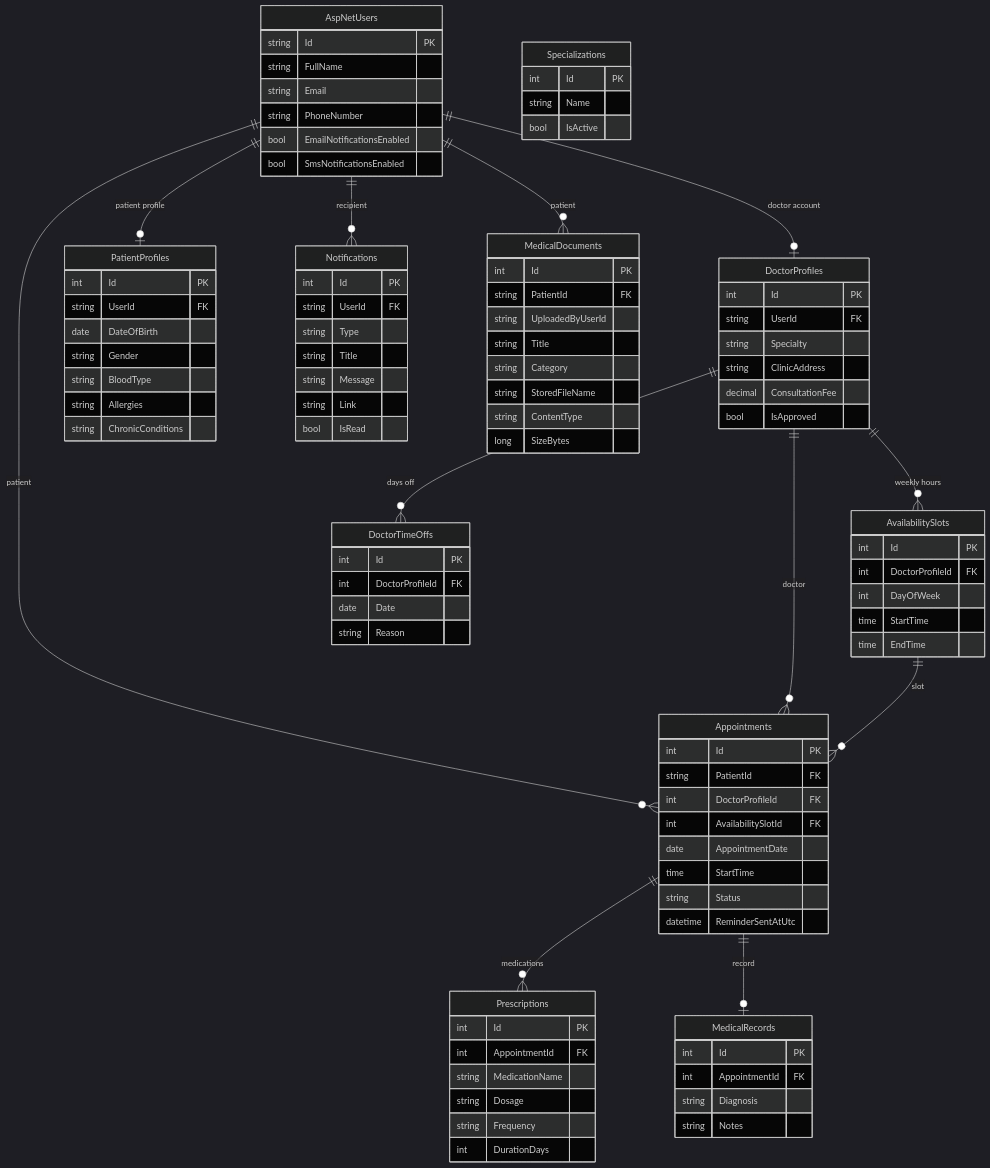
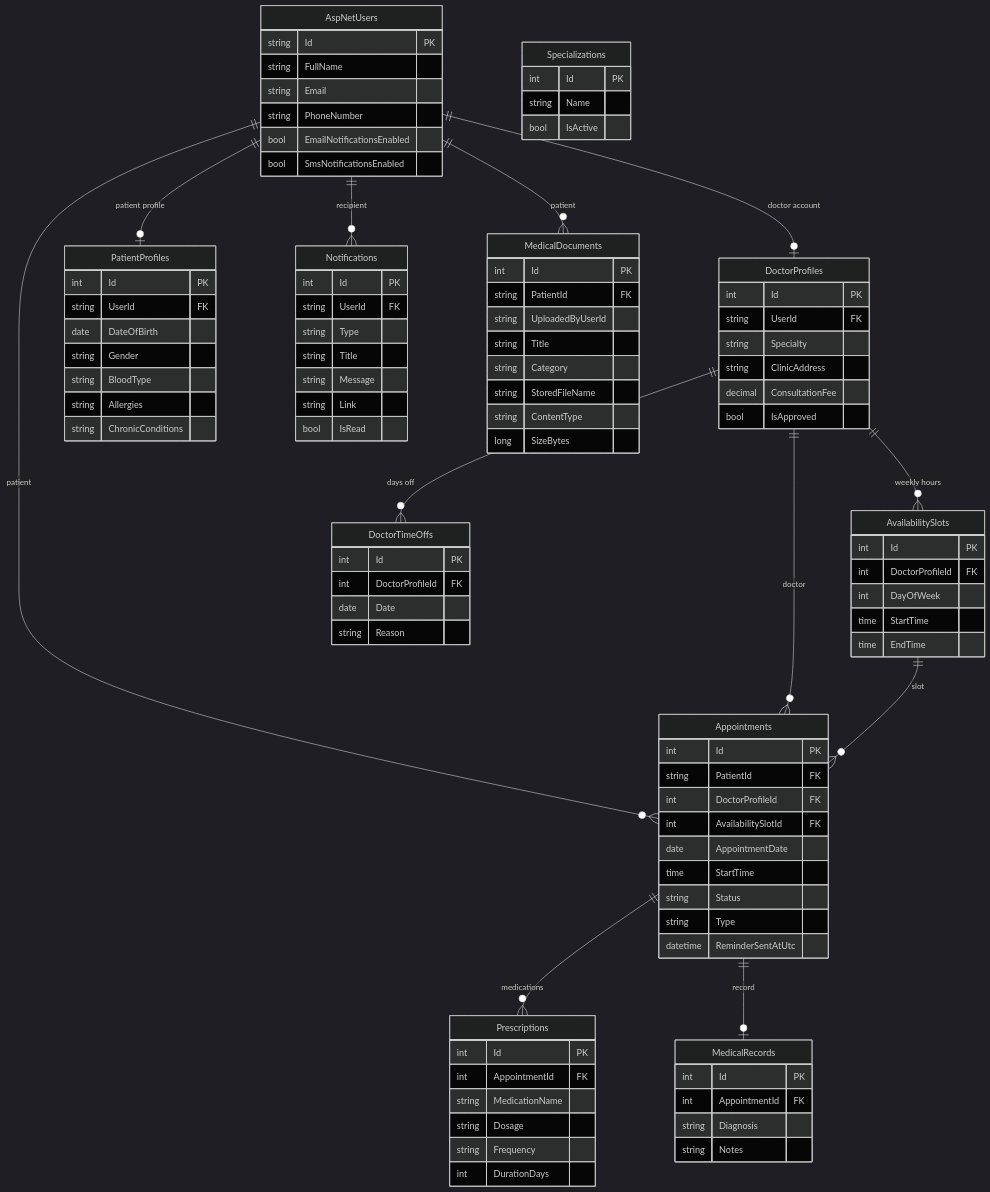
Before and after one commit to 3mrNasser/Medi-Care-Clinic-Management-Project-R5: the second of 4 diagrams in mdFiles/7.2 Technical Documentation.md, drawn with Mermaid (dark theme). The commit also changed other lines of this file and 60 other files, not shown here.

````diff
--- a/mdFiles/7.2 Technical Documentation.md
+++ b/mdFiles/7.2 Technical Documentation.md
@@ -65,79 +66,80 @@
 ```mermaid
 erDiagram
     AspNetUsers ||--o| DoctorProfiles : "doctor account"
     AspNetUsers ||--o| PatientProfiles : "patient profile"
     AspNetUsers ||--o{ Appointments : "patient"
     AspNetUsers ||--o{ Notifications : "recipient"
     AspNetUsers ||--o{ MedicalDocuments : "patient"
     DoctorProfiles ||--o{ AvailabilitySlots : "weekly hours"
     DoctorProfiles ||--o{ DoctorTimeOffs : "days off"
     DoctorProfiles ||--o{ Appointments : "doctor"
     AvailabilitySlots ||--o{ Appointments : "slot"
     Appointments ||--o{ Prescriptions : "medications"
     Appointments ||--o| MedicalRecords : "record"
 
     AspNetUsers { string Id PK
         string FullName
         string Email
         string PhoneNumber
         bool EmailNotificationsEnabled
         bool SmsNotificationsEnabled }
     DoctorProfiles { int Id PK
         string UserId FK
         string Specialty
         string ClinicAddress
         decimal ConsultationFee
         bool IsApproved }
     PatientProfiles { int Id PK
         string UserId FK
         date DateOfBirth
         string Gender
         string BloodType
         string Allergies
         string ChronicConditions }
     Appointments { int Id PK
         string PatientId FK
         int DoctorProfileId FK
         int AvailabilitySlotId FK
         date AppointmentDate
         time StartTime
         string Status
+        string Type
         datetime ReminderSentAtUtc }
     AvailabilitySlots { int Id PK
         int DoctorProfileId FK
         int DayOfWeek
         time StartTime
         time EndTime }
     DoctorTimeOffs { int Id PK
         int DoctorProfileId FK
         date Date
         string Reason }
     Prescriptions { int Id PK
         int AppointmentId FK
         string MedicationName
         string Dosage
         string Frequency
         int DurationDays }
     MedicalRecords { int Id PK
         int AppointmentId FK
         string Diagnosis
         string Notes }
     MedicalDocuments { int Id PK
         string PatientId FK
         string UploadedByUserId
         string Title
         string Category
         string StoredFileName
         string ContentType
         long SizeBytes }
     Notifications { int Id PK
         string UserId FK
         string Type
         string Title
         string Message
         string Link
         bool IsRead }
     Specializations { int Id PK
         string Name
         bool IsActive }
 ```
````
